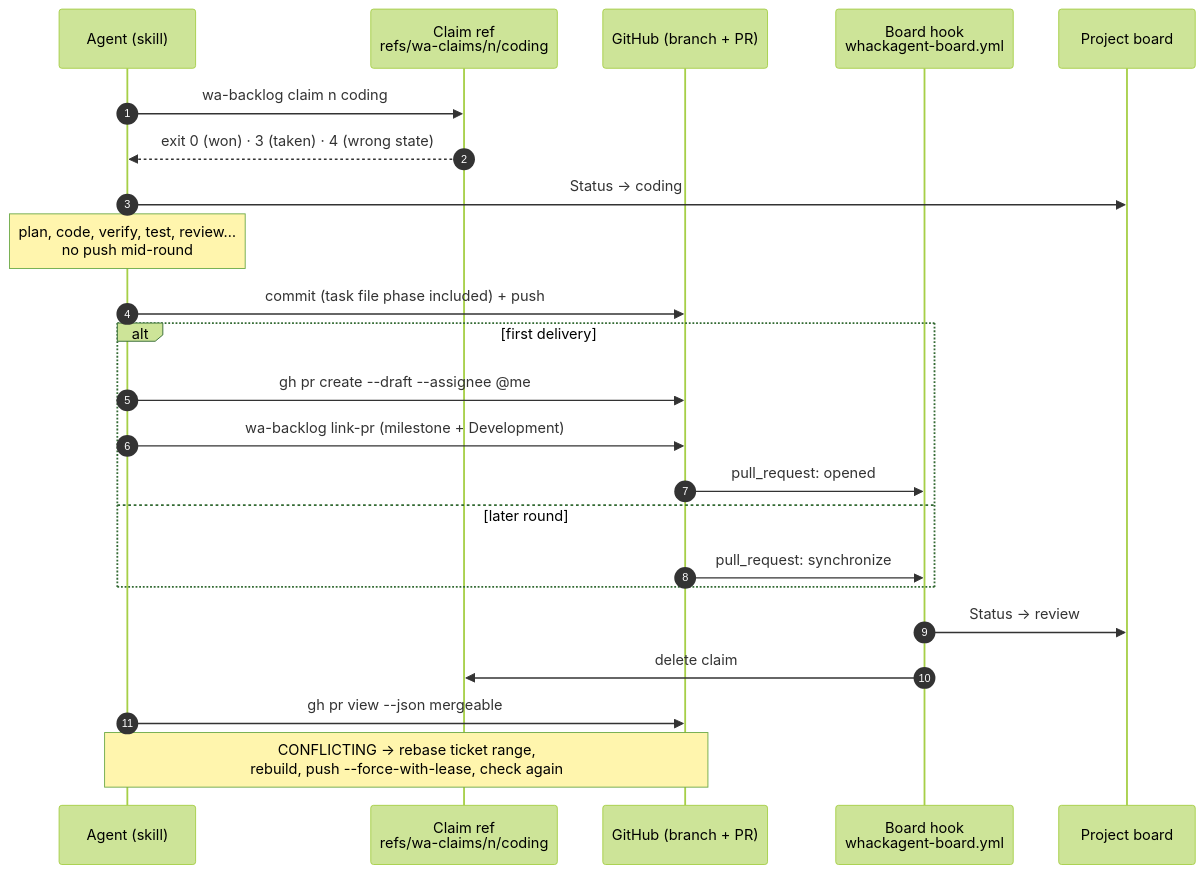
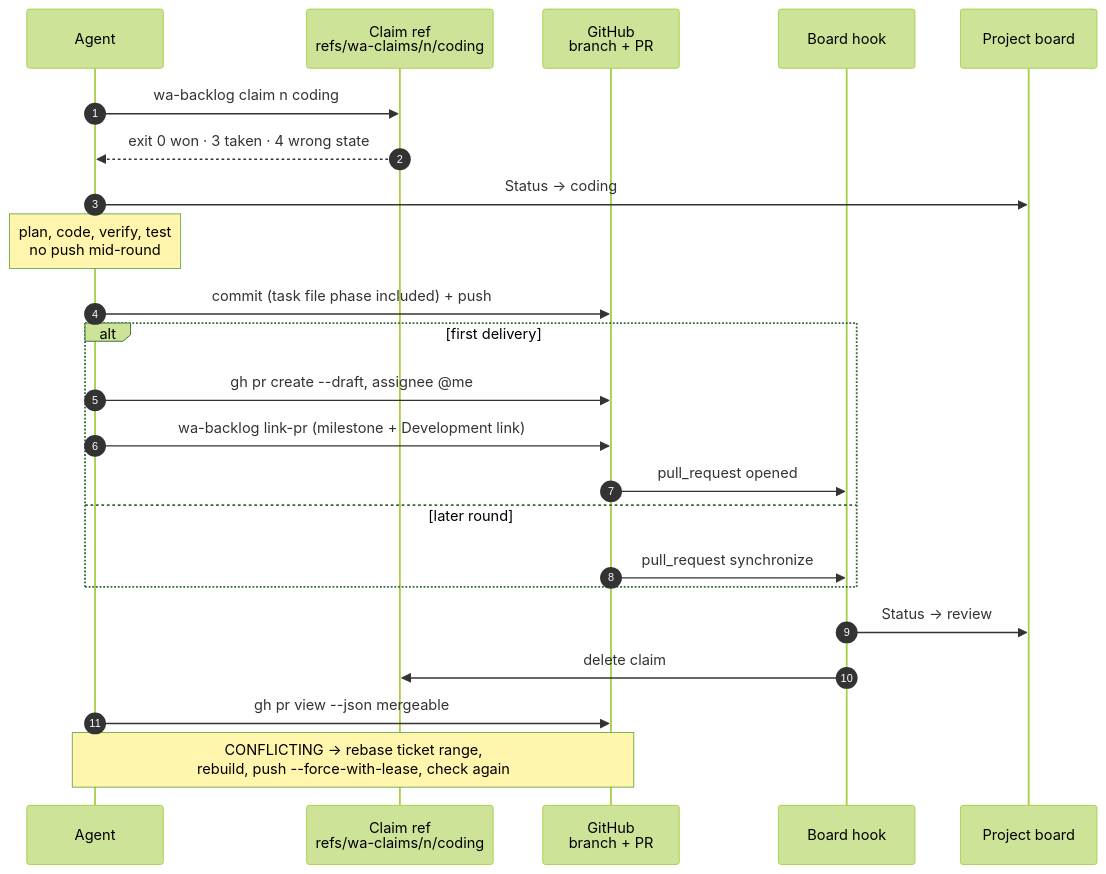
Before and after one commit to rlatapy-luna/whackagent: the fourth of 7 diagrams in WORKFLOW.md, drawn with Mermaid (forest theme). The commit also changed other lines of this file and 18 other files, not shown here.

````diff
--- a/WORKFLOW.md
+++ b/WORKFLOW.md
@@ -54,26 +130,26 @@
 ```mermaid
 sequenceDiagram
     autonumber
-    participant A as Agent (skill)
+    participant A as Agent
     participant C as Claim ref<br/>refs/wa-claims/n/coding
-    participant G as GitHub (branch + PR)
-    participant H as Board hook<br/>whackagent-board.yml
+    participant G as GitHub<br/>branch + PR
+    participant H as Board hook
     participant B as Project board
 
     A->>C: wa-backlog claim n coding
-    C-->>A: exit 0 (won) · 3 (taken) · 4 (wrong state)
+    C-->>A: exit 0 won · 3 taken · 4 wrong state
     A->>B: Status → coding
-    Note over A: plan, code, verify, test, review…<br/>no push mid-round
+    Note over A: plan, code, verify, test<br/>no push mid-round
     A->>G: commit (task file phase included) + push
     alt first delivery
-        A->>G: gh pr create --draft --assignee @me
-        A->>G: wa-backlog link-pr (milestone + Development)
-        G->>H: pull_request: opened
+        A->>G: gh pr create --draft, assignee @me
+        A->>G: wa-backlog link-pr (milestone + Development link)
+        G->>H: pull_request opened
     else later round
-        G->>H: pull_request: synchronize
+        G->>H: pull_request synchronize
     end
     H->>B: Status → review
     H->>C: delete claim
     A->>G: gh pr view --json mergeable
     Note over A,G: CONFLICTING → rebase ticket range,<br/>rebuild, push --force-with-lease, check again
 ```
````
